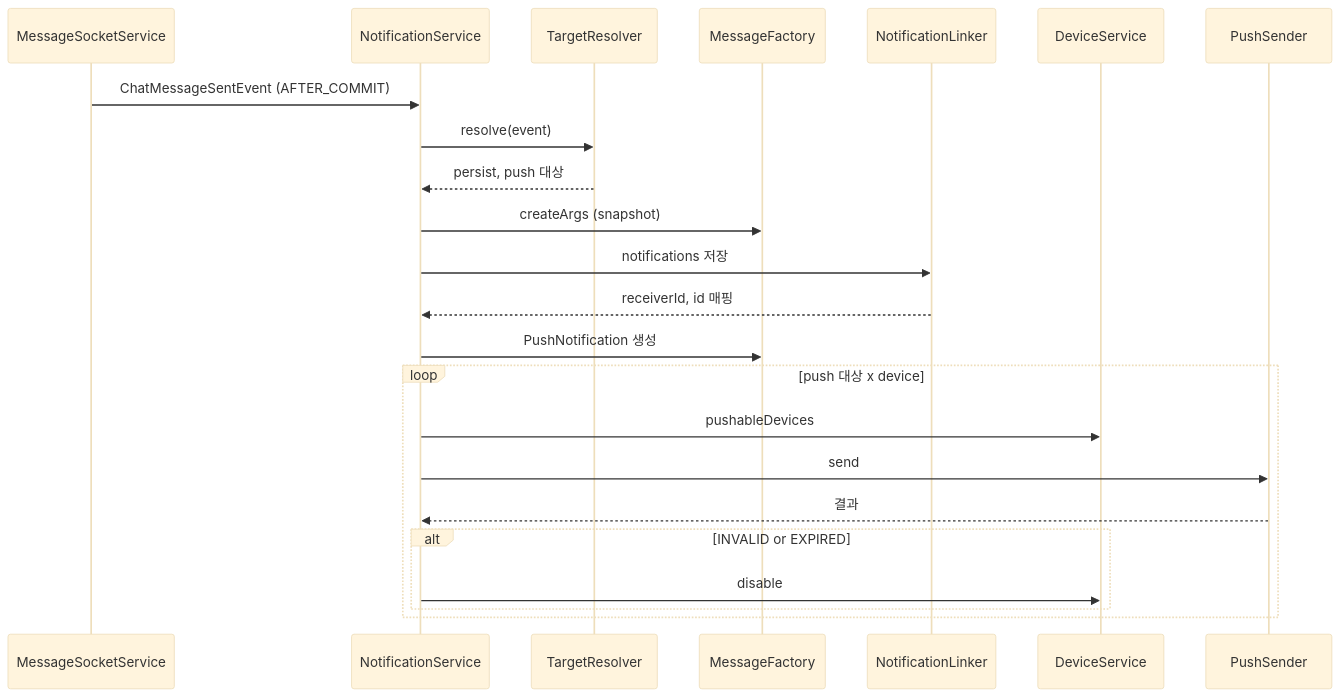
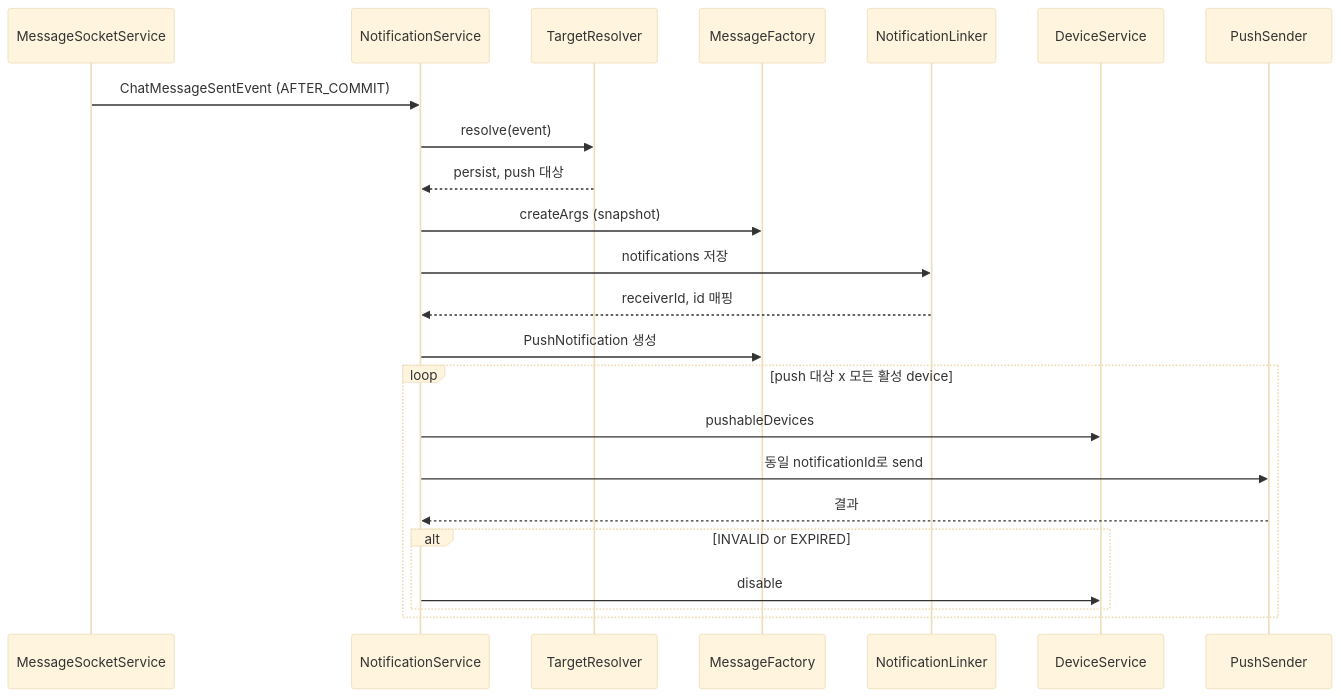
The second of 4 diagrams in apps/api/docs/notification-architecture.md (mortonCareer/bconnect), drawn with Mermaid (base theme) before and after one commit. The commit also changed other lines of this file and 7 other files, not shown here.

````diff
--- a/apps/api/docs/notification-architecture.md
+++ b/apps/api/docs/notification-architecture.md
@@ -38,26 +39,26 @@
 ```mermaid
 sequenceDiagram
     participant Socket as MessageSocketService
     participant Svc as NotificationService
     participant Res as TargetResolver
     participant Fac as MessageFactory
     participant Lnk as NotificationLinker
     participant Dev as DeviceService
     participant Snd as PushSender
 
     Socket->>Svc: ChatMessageSentEvent (AFTER_COMMIT)
     Svc->>Res: resolve(event)
     Res-->>Svc: persist, push 대상
     Svc->>Fac: createArgs (snapshot)
     Svc->>Lnk: notifications 저장
     Lnk-->>Svc: receiverId, id 매핑
     Svc->>Fac: PushNotification 생성
-    loop push 대상 x device
+    loop push 대상 x 모든 활성 device
         Svc->>Dev: pushableDevices
-        Svc->>Snd: send
+        Svc->>Snd: 동일 notificationId로 send
         Snd-->>Svc: 결과
         alt INVALID or EXPIRED
             Svc->>Dev: disable
         end
     end
 ```
````
